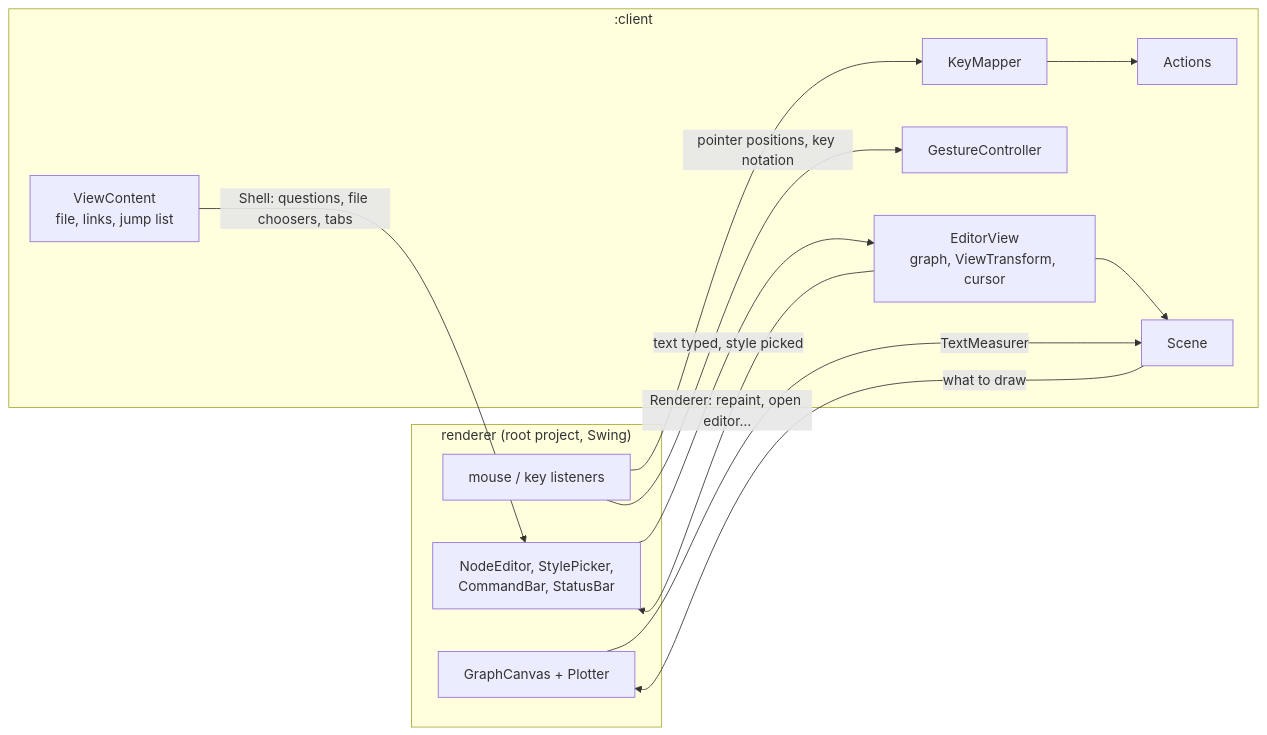
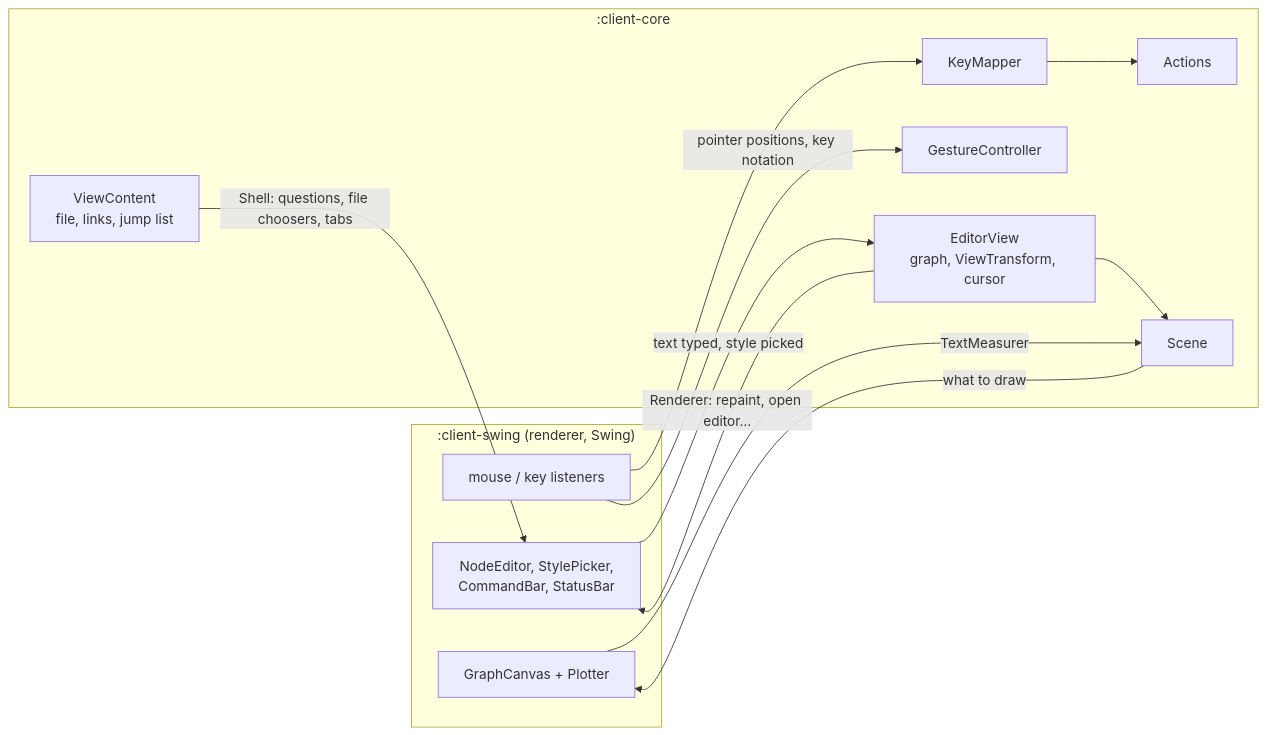
Before and after one commit to kareltucek/sane-graph-edit: the eighth of 8 diagrams in docs/developer/architecture.md, drawn with Mermaid. The commit also changed other lines of this file and 145 other files, not shown here.

First line of the commit message:
All subprojects under modules/; the Swing application is :client-swing

````diff
--- a/docs/developer/architecture.md
+++ b/docs/developer/architecture.md
@@ -569,23 +572,23 @@
 ```mermaid
 flowchart LR
-    subgraph R["renderer (root project, Swing)"]
+    subgraph R[":client-swing (renderer, Swing)"]
         Listeners[mouse / key listeners]
         Canvas[GraphCanvas + Plotter]
         Widgets[NodeEditor, StylePicker,<br/>CommandBar, StatusBar]
     end
-    subgraph C[":client"]
+    subgraph C[":client-core"]
         View[EditorView<br/>graph, ViewTransform, cursor]
         Gest[GestureController]
         Keys[KeyMapper]
         Act[Actions]
         Sc[Scene]
         Cont[ViewContent<br/>file, links, jump list]
     end
     Listeners -- "pointer positions, key notation" --> Gest
     Listeners --> Keys --> Act
     Widgets -- "text typed, style picked" --> View
     View --> Sc -- "what to draw" --> Canvas
     View -- "Renderer: repaint, open editor…" --> Widgets
     Canvas -- "TextMeasurer" --> Sc
     Cont -- "Shell: questions, file choosers, tabs" --> Widgets
 ```
````
